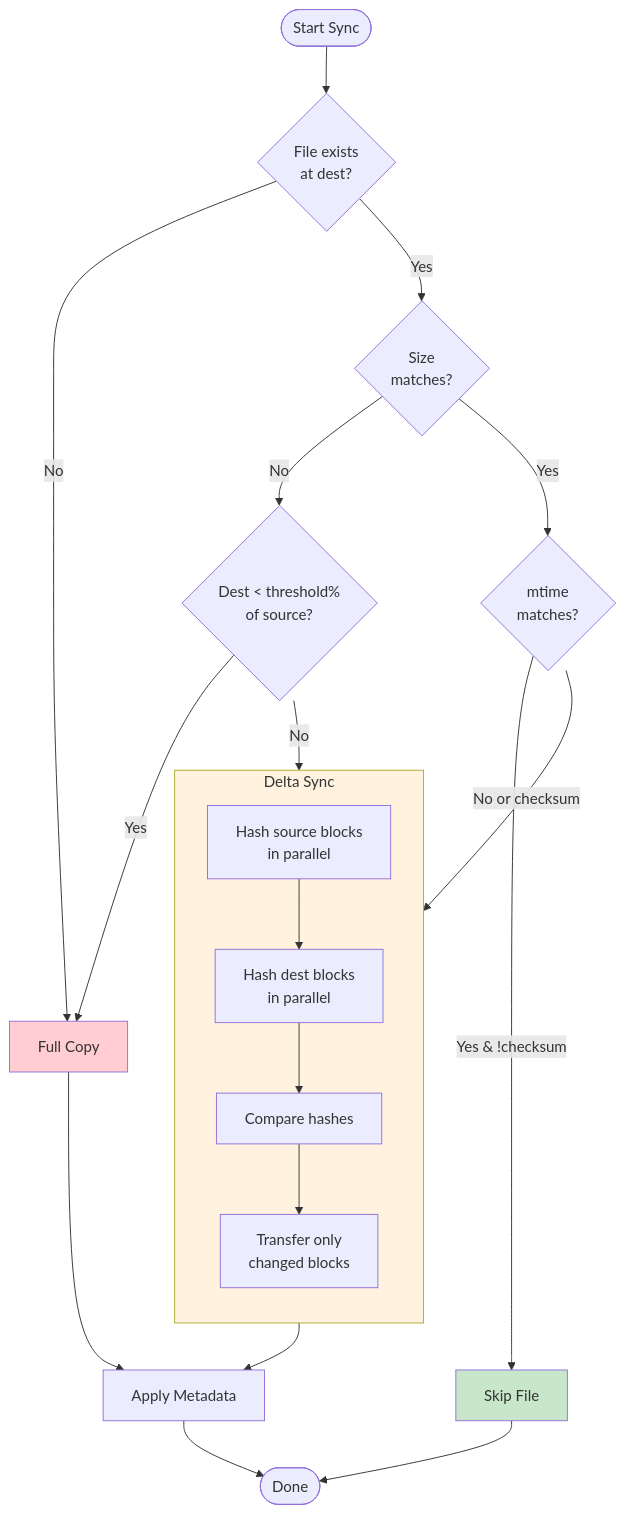
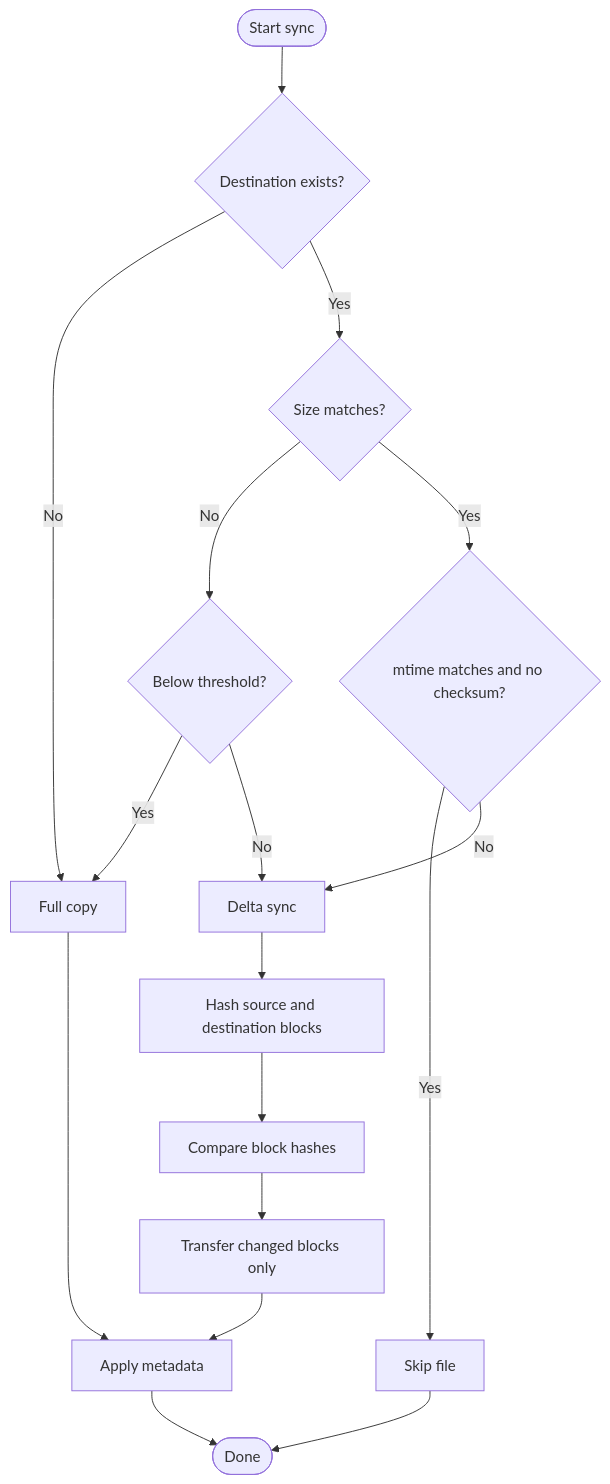
One commit to nbari/dsync changed the fourth of 4 diagrams in README.md. Above: the diagram before and after it, drawn with Mermaid. The commit also changed other lines of this file and 10 other files, not shown here.

````diff
--- a/README.md
+++ b/README.md
@@ -137,32 +97,19 @@
 ```mermaid
 flowchart TD
-    START([Start Sync]) --> CHECK{File exists\nat dest?}
-    
-    CHECK -->|No| FULL[Full Copy]
-    CHECK -->|Yes| SIZE{Size\nmatches?}
-    
-    SIZE -->|No| THRESH{Dest < threshold%\nof source?}
-    SIZE -->|Yes| MTIME{mtime\nmatches?}
-    
+    START([Start sync]) --> EXISTS{Destination exists?}
+    EXISTS -->|No| FULL[Full copy]
+    EXISTS -->|Yes| SIZE{Size matches?}
+    SIZE -->|No| THRESH{Below threshold?}
     THRESH -->|Yes| FULL
-    THRESH -->|No| DELTA
-    
-    MTIME -->|Yes & !checksum| SKIP[Skip File]
-    MTIME -->|No or checksum| DELTA[Delta Sync]
-    
-    subgraph DELTA[Delta Sync]
-        direction TB
-        D1[Hash source blocks\nin parallel] --> D2[Hash dest blocks\nin parallel]
-        D2 --> D3[Compare hashes]
-        D3 --> D4[Transfer only\nchanged blocks]
-    end
-    
-    FULL --> META[Apply Metadata]
-    DELTA --> META
+    THRESH -->|No| DELTA[Delta sync]
+    SIZE -->|Yes| MTIME{mtime matches and no checksum?}
+    MTIME -->|Yes| SKIP[Skip file]
+    MTIME -->|No| DELTA
+    DELTA --> HASH[Hash source and destination blocks]
+    HASH --> DIFF[Compare block hashes]
+    DIFF --> APPLY[Transfer changed blocks only]
+    FULL --> META[Apply metadata]
+    APPLY --> META
     SKIP --> DONE([Done])
     META --> DONE
-    
-    style SKIP fill:#c8e6c9
-    style FULL fill:#ffcdd2
-    style DELTA fill:#fff3e0
 ```
````
